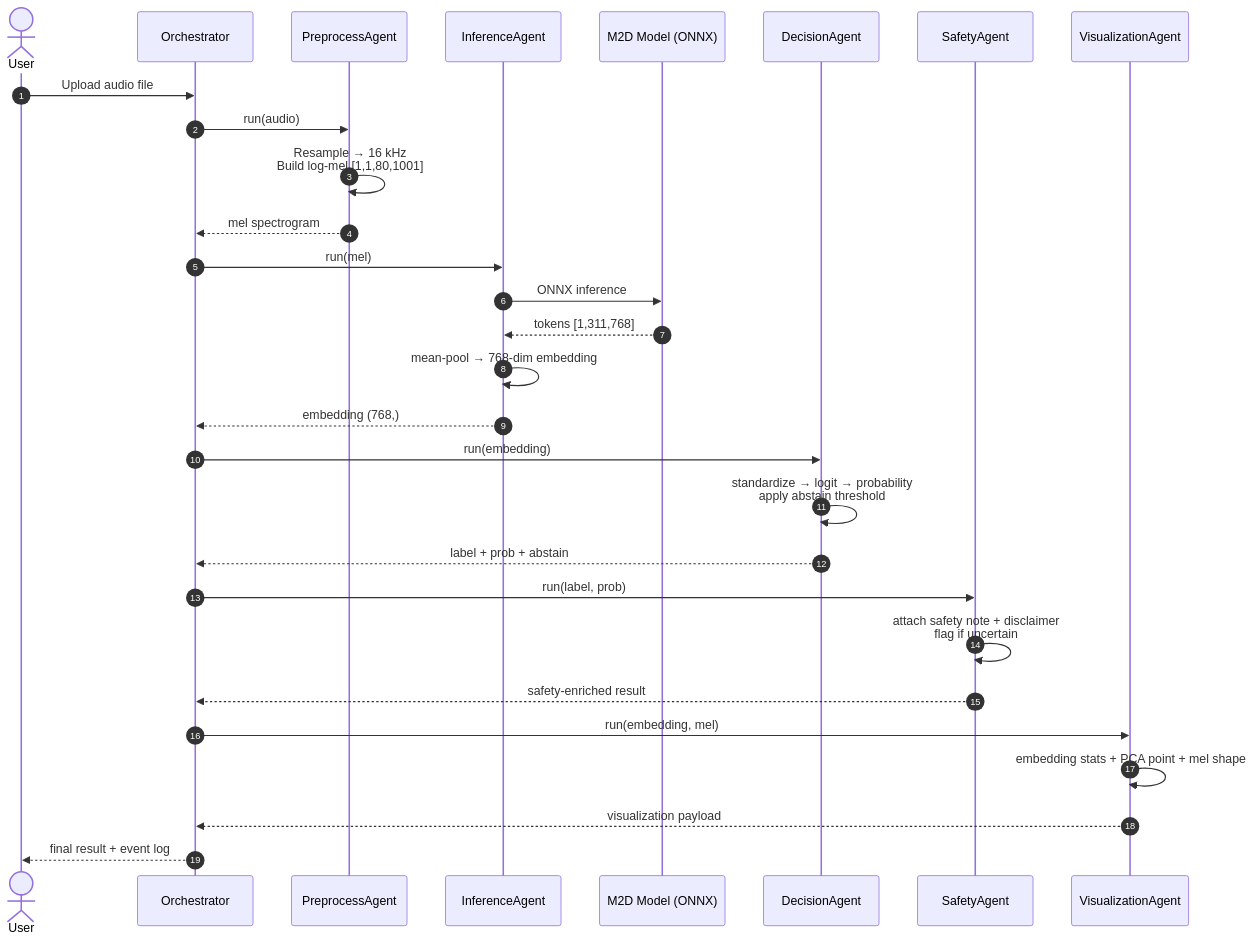
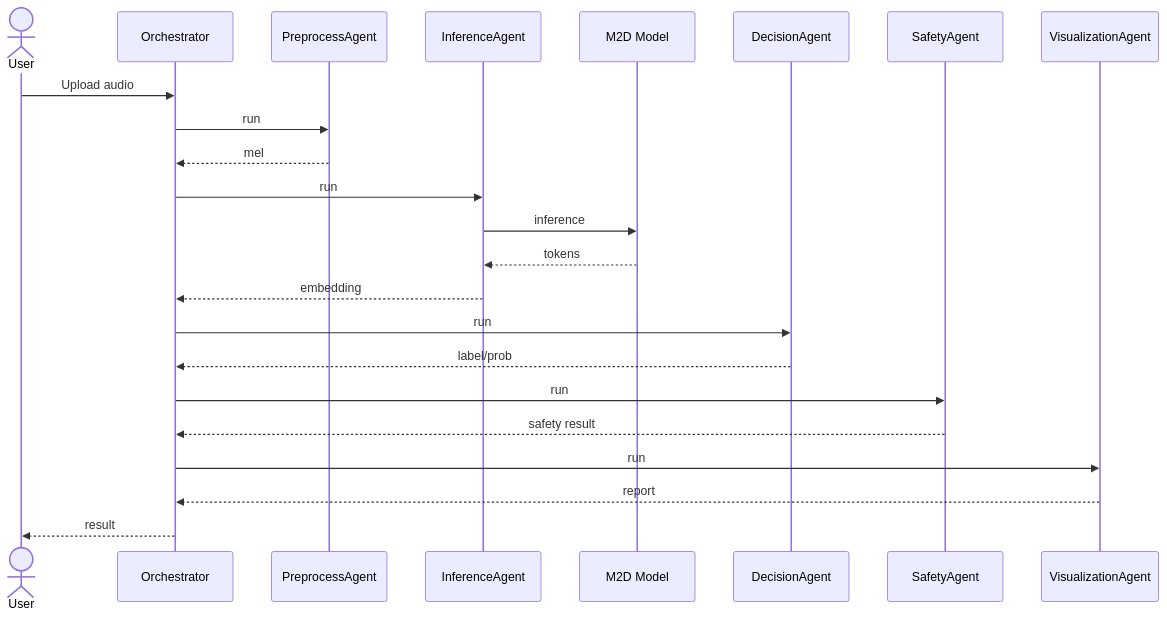
Before and after one commit to ahsanmandhar-ui/heart-murmur-pwa: the second of 2 diagrams in README.md, drawn with Mermaid. The commit also changed other lines of this file, not shown here.

Commit message:
Update README: multi-agent heart sound detector, model name, contact

````diff
--- a/README.md
+++ b/README.md
@@ -35,37 +31,25 @@
 ```mermaid
 sequenceDiagram
-    autonumber
     actor User
     participant O as Orchestrator
     participant P as PreprocessAgent
     participant I as InferenceAgent
-    participant M as M2D Model (ONNX)
+    participant M as M2D Model
     participant D as DecisionAgent
     participant S as SafetyAgent
     participant V as VisualizationAgent
-
-    User->>O: Upload audio file
-    O->>P: run(audio)
-    P->>P: Resample → 16 kHz<br/>Build log-mel [1,1,80,1001]
-    P-->>O: mel spectrogram
-
-    O->>I: run(mel)
-    I->>M: ONNX inference
-    M-->>I: tokens [1,311,768]
-    I->>I: mean-pool → 768-dim embedding
-    I-->>O: embedding (768,)
-
-    O->>D: run(embedding)
-    D->>D: standardize → logit → probability<br/>apply abstain threshold
-    D-->>O: label + prob + abstain
-
-    O->>S: run(label, prob)
-    S->>S: attach safety note + disclaimer<br/>flag if uncertain
-    S-->>O: safety-enriched result
-
-    O->>V: run(embedding, mel)
-    V->>V: embedding stats + PCA point + mel shape
-    V-->>O: visualization payload
-
-    O-->>User: final result + event log
+    User->>O: Upload audio
+    O->>P: run
+    P-->>O: mel
+    O->>I: run
+    I->>M: inference
+    M-->>I: tokens
+    I-->>O: embedding
+    O->>D: run
+    D-->>O: label/prob
+    O->>S: run
+    S-->>O: safety result
+    O->>V: run
+    V-->>O: report
+    O-->>User: result
 ```
````
